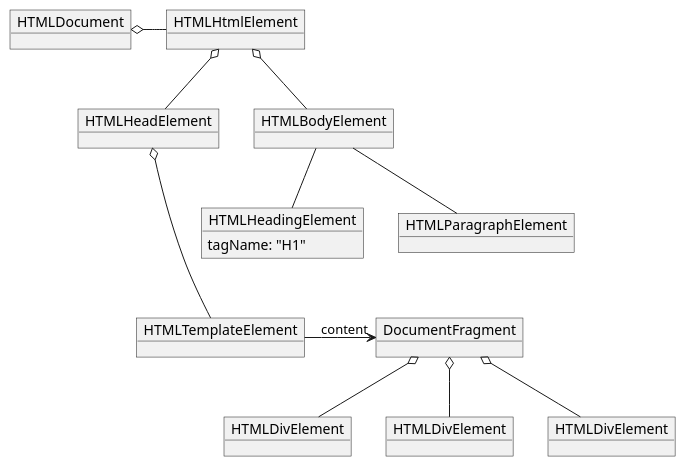
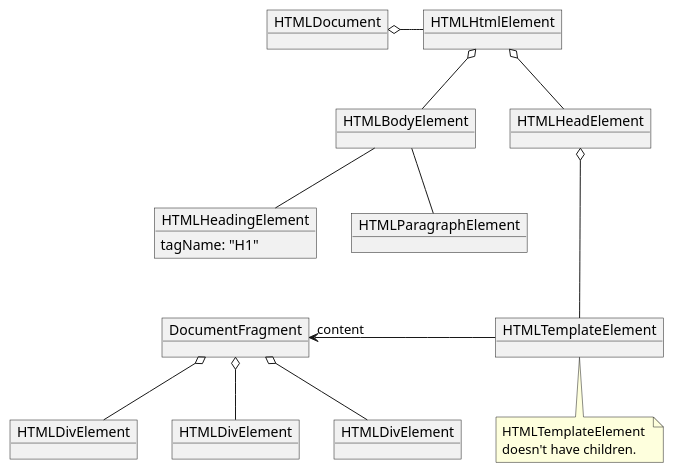
Before and after one commit to stroiman/presentation-driving-it-2025: the second of 2 diagrams in pages/two-step-parsing.md, drawn with PlantUML. The commit also changed other lines of this file and 18 other files, not shown here.

````diff
--- a/pages/two-step-parsing.md
+++ b/pages/two-step-parsing.md
@@ -101,33 +110,40 @@
 ```plantuml
 @startuml
 
 skinparam backgroundColor transparent
 
 object HTMLDocument
 object HTMLHtmlElement
+object HTMLBodyElement
 object HTMLHeadElement
-object HTMLBodyElement
 object "HTMLHeadingElement" as h1 {
     tagName: "H1"
 }
 object "HTMLParagraphElement" as p
 object HTMLTemplateElement
 object DocumentFragment
 object "HTMLDivElement" as d1
 object "HTMLDivElement" as d2
 object "HTMLDivElement" as d3
 
 HTMLDocument o- HTMLHtmlElement
 HTMLHtmlElement o-- HTMLHeadElement
 HTMLHtmlElement o-- HTMLBodyElement
+HTMLBodyElement -[hidden]> HTMLHeadElement
 HTMLHeadElement o--- HTMLTemplateElement
 HTMLBodyElement -- h1
 HTMLBodyElement -- p
 
-p --[hidden]> DocumentFragment
-HTMLTemplateElement ----r--> "content" DocumentFragment
+h1 --[hidden]> DocumentFragment
+HTMLTemplateElement ----l--> "content" DocumentFragment
 DocumentFragment o-- d1
 DocumentFragment o-- d2
 DocumentFragment o-- d3
+
+note bottom of HTMLTemplateElement
+    HTMLTemplateElement 
+    doesn't have children.
+end note
+
 @enduml
 ```
````
